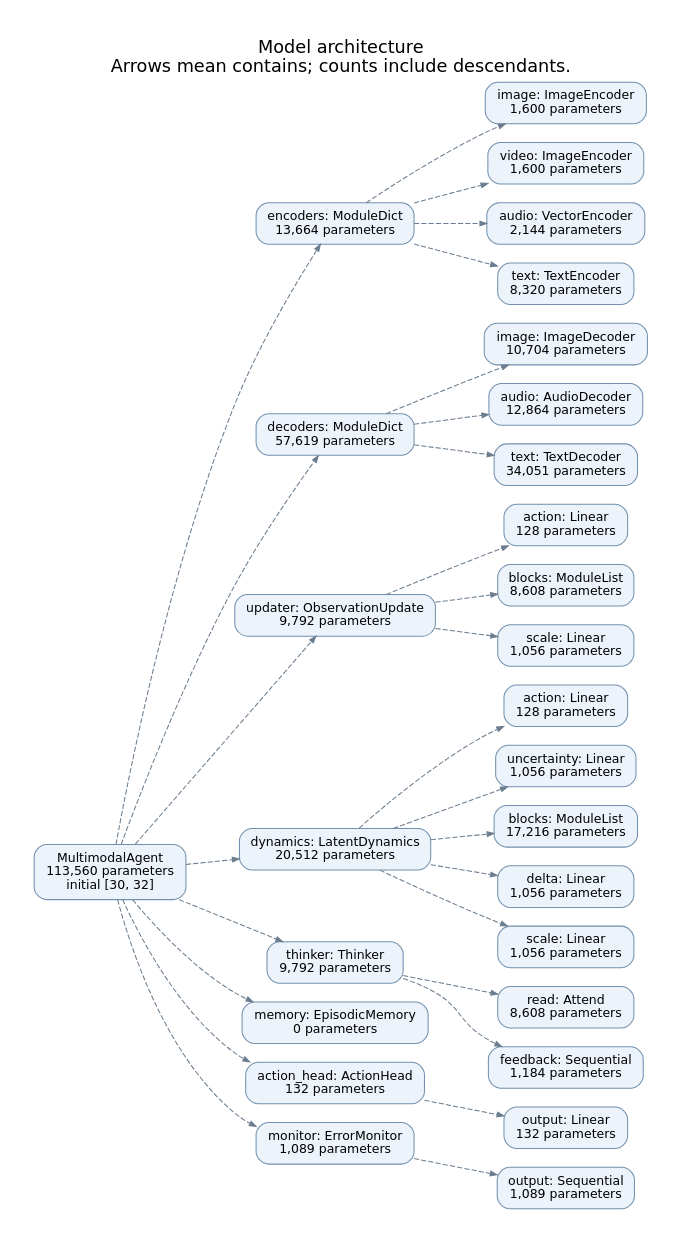
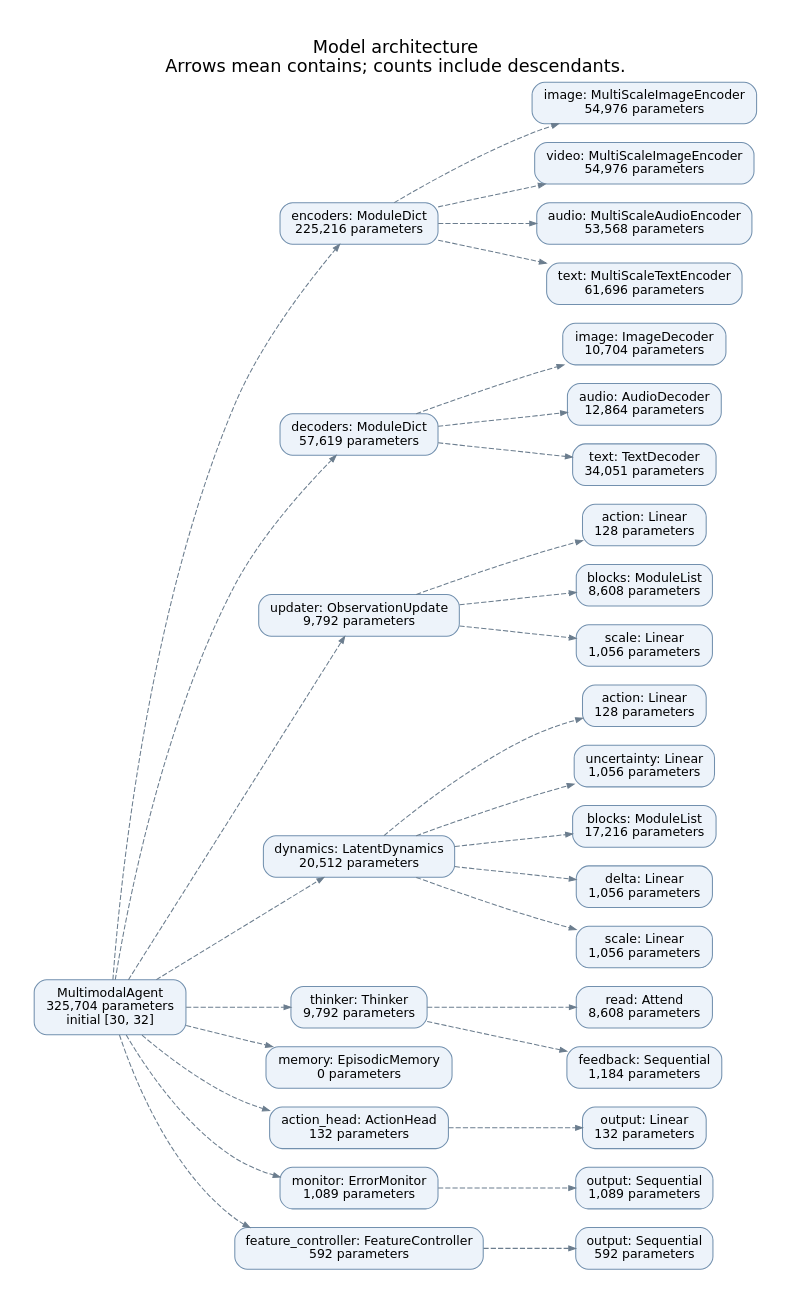
The diagram in docs/diagrams/architecture.dot (intrinsicD/path-wm), drawn with Graphviz before and after one commit. The commit also changed 30 other files, not shown here.

```diff
--- a/docs/diagrams/architecture.dot
+++ b/docs/diagrams/architecture.dot
@@ -1,61 +1,65 @@
 digraph model {
 graph [rankdir=LR, bgcolor="white", pad=0.35, nodesep=0.25, ranksep=0.65, fontname="DejaVu Sans", fontsize=17, labelloc=t];
 node [shape=box, style="rounded,filled", fillcolor="#edf3fa", color="#7290ae", fontname="DejaVu Sans", fontsize=12, margin="0.15,0.10"];
 edge [color="#6b7d8e", arrowsize=0.65];
 label="Model architecture\nArrows mean contains; counts include descendants.";
-n0 [label="MultimodalAgent\n113,560 parameters\ninitial [30, 32]", fillcolor="#edf3fa"];
-n1 [label="encoders: ModuleDict\n13,664 parameters", fillcolor="#edf3fa"];
-n2 [label="image: ImageEncoder\n1,600 parameters", fillcolor="#edf3fa"];
-n3 [label="video: ImageEncoder\n1,600 parameters", fillcolor="#edf3fa"];
-n4 [label="audio: VectorEncoder\n2,144 parameters", fillcolor="#edf3fa"];
-n5 [label="text: TextEncoder\n8,320 parameters", fillcolor="#edf3fa"];
+n0 [label="MultimodalAgent\n325,704 parameters\ninitial [30, 32]", fillcolor="#edf3fa"];
+n1 [label="encoders: ModuleDict\n225,216 parameters", fillcolor="#edf3fa"];
+n2 [label="image: MultiScaleImageEncoder\n54,976 parameters", fillcolor="#edf3fa"];
+n3 [label="video: MultiScaleImageEncoder\n54,976 parameters", fillcolor="#edf3fa"];
+n4 [label="audio: MultiScaleAudioEncoder\n53,568 parameters", fillcolor="#edf3fa"];
+n5 [label="text: MultiScaleTextEncoder\n61,696 parameters", fillcolor="#edf3fa"];
 n6 [label="decoders: ModuleDict\n57,619 parameters", fillcolor="#edf3fa"];
 n7 [label="image: ImageDecoder\n10,704 parameters", fillcolor="#edf3fa"];
 n8 [label="audio: AudioDecoder\n12,864 parameters", fillcolor="#edf3fa"];
 n9 [label="text: TextDecoder\n34,051 parameters", fillcolor="#edf3fa"];
 n10 [label="updater: ObservationUpdate\n9,792 parameters", fillcolor="#edf3fa"];
 n11 [label="action: Linear\n128 parameters", fillcolor="#edf3fa"];
 n12 [label="blocks: ModuleList\n8,608 parameters", fillcolor="#edf3fa"];
 n13 [label="scale: Linear\n1,056 parameters", fillcolor="#edf3fa"];
 n14 [label="dynamics: LatentDynamics\n20,512 parameters", fillcolor="#edf3fa"];
 n15 [label="action: Linear\n128 parameters", fillcolor="#edf3fa"];
 n16 [label="uncertainty: Linear\n1,056 parameters", fillcolor="#edf3fa"];
 n17 [label="blocks: ModuleList\n17,216 parameters", fillcolor="#edf3fa"];
 n18 [label="delta: Linear\n1,056 parameters", fillcolor="#edf3fa"];
 n19 [label="scale: Linear\n1,056 parameters", fillcolor="#edf3fa"];
 n20 [label="thinker: Thinker\n9,792 parameters", fillcolor="#edf3fa"];
 n21 [label="read: Attend\n8,608 parameters", fillcolor="#edf3fa"];
 n22 [label="feedback: Sequential\n1,184 parameters", fillcolor="#edf3fa"];
 n23 [label="memory: EpisodicMemory\n0 parameters", fillcolor="#edf3fa"];
 n24 [label="action_head: ActionHead\n132 parameters", fillcolor="#edf3fa"];
 n25 [label="output: Linear\n132 parameters", fillcolor="#edf3fa"];
 n26 [label="monitor: ErrorMonitor\n1,089 parameters", fillcolor="#edf3fa"];
 n27 [label="output: Sequential\n1,089 parameters", fillcolor="#edf3fa"];
+n28 [label="feature_controller: FeatureController\n592 parameters", fillcolor="#edf3fa"];
+n29 [label="output: Sequential\n592 parameters", fillcolor="#edf3fa"];
 n0 -> n1 [style=dashed];
 n1 -> n2 [style=dashed];
 n1 -> n3 [style=dashed];
 n1 -> n4 [style=dashed];
 n1 -> n5 [style=dashed];
 n0 -> n6 [style=dashed];
 n6 -> n7 [style=dashed];
 n6 -> n8 [style=dashed];
 n6 -> n9 [style=dashed];
 n0 -> n10 [style=dashed];
 n10 -> n11 [style=dashed];
 n10 -> n12 [style=dashed];
 n10 -> n13 [style=dashed];
 n0 -> n14 [style=dashed];
 n14 -> n15 [style=dashed];
 n14 -> n16 [style=dashed];
 n14 -> n17 [style=dashed];
 n14 -> n18 [style=dashed];
 n14 -> n19 [style=dashed];
 n0 -> n20 [style=dashed];
 n20 -> n21 [style=dashed];
 n20 -> n22 [style=dashed];
 n0 -> n23 [style=dashed];
 n0 -> n24 [style=dashed];
 n24 -> n25 [style=dashed];
 n0 -> n26 [style=dashed];
 n26 -> n27 [style=dashed];
+n0 -> n28 [style=dashed];
+n28 -> n29 [style=dashed];
 }
```
